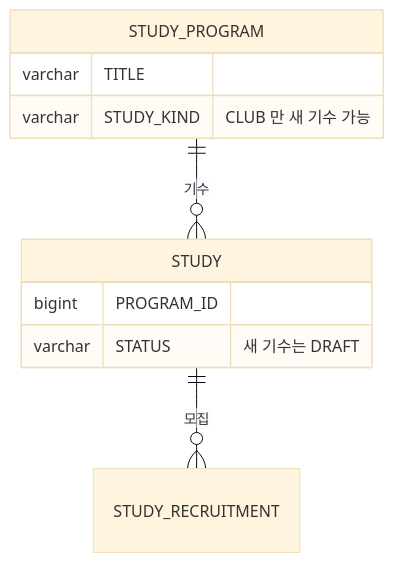
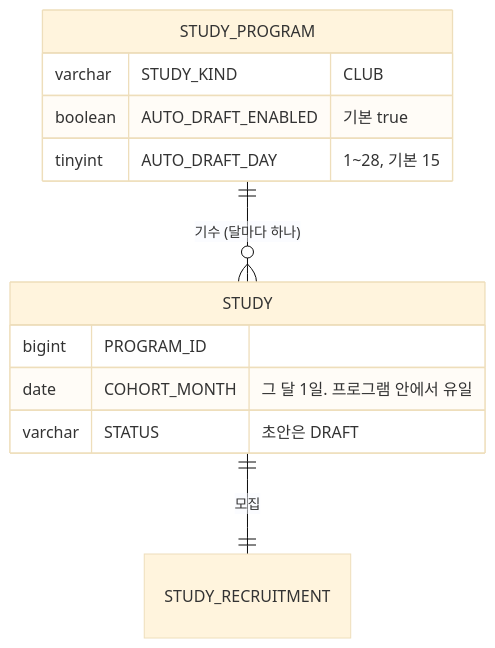
One commit to StudyClub-PlusPlus/studyclub-engineering changed the second of 2 diagrams in 01-planning/stories/captain-reregister-cohort/PRD.md. Above: the diagram before and after it, drawn with Mermaid (base theme). The commit also changed other lines of this file and 31 other files, not shown here.

````diff
--- a/01-planning/stories/captain-reregister-cohort/PRD.md
+++ b/01-planning/stories/captain-reregister-cohort/PRD.md
@@ -71,13 +159,15 @@
 ```mermaid
 erDiagram
-  STUDY_PROGRAM ||--o{ STUDY : "기수"
-  STUDY ||--o{ STUDY_RECRUITMENT : "모집"
+  STUDY_PROGRAM ||--o{ STUDY : "기수 (달마다 하나)"
+  STUDY ||--|| STUDY_RECRUITMENT : "모집"
   STUDY_PROGRAM {
-    varchar TITLE
-    varchar STUDY_KIND "CLUB 만 새 기수 가능"
+    varchar STUDY_KIND "CLUB"
+    boolean AUTO_DRAFT_ENABLED "기본 true"
+    tinyint AUTO_DRAFT_DAY "1~28, 기본 15"
   }
   STUDY {
     bigint PROGRAM_ID
-    varchar STATUS "새 기수는 DRAFT"
+    date COHORT_MONTH "그 달 1일. 프로그램 안에서 유일"
+    varchar STATUS "초안은 DRAFT"
   }
 ```
````
